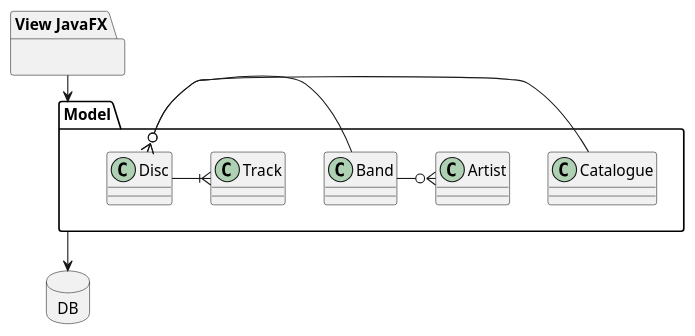
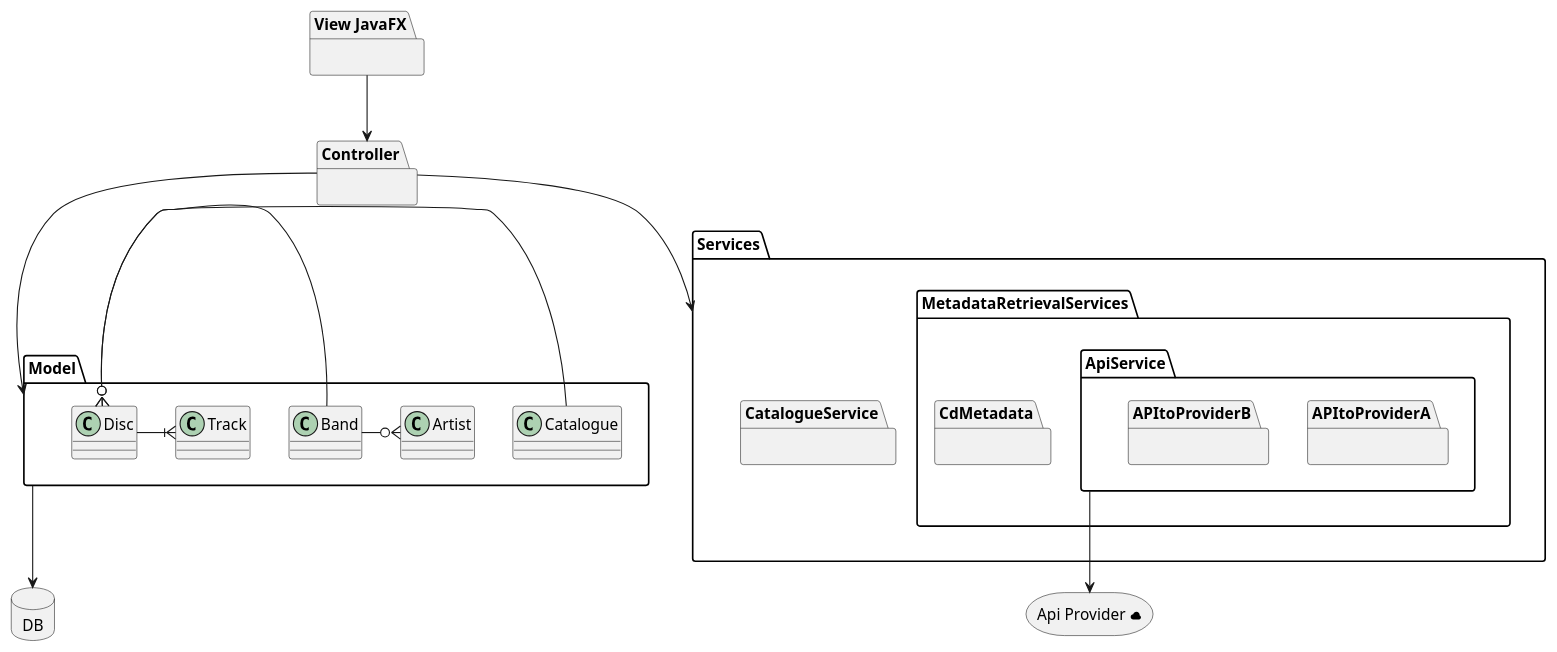
The diagram in doc/design/Entities/Entities.puml (AxoKoi/BandurriaJ), drawn with PlantUML before and after one commit.

Commit message:
Add new packages

```diff
--- a/doc/design/Entities/Entities.puml
+++ b/doc/design/Entities/Entities.puml
@@ -1,30 +1,61 @@
 @startuml
+allowmixing
 
 package "View JavaFX" as Front {
 
 }
-
 
 package "Model" as Model{
 'Entities definition
  class Disc
  class Catalogue
  class Artist
  class Band
  class Track
 
 'Relationships
   Disc }o- Catalogue
   Disc }o- Band
   Band -o{ Artist
   Disc -|{ Track
 }
 
+package Controller as Controller {
+
+}
+
+package "Services" as Services {
+
+  package CatalogueService as CatalogueS{
+
+  }
+
+  package MetadataRetrievalServices as MetaS {
+
+    package ApiService as ApiS{
+
+      package APItoProviderA{
+      }
+      package APItoProviderB{
+      }
+    }
+    package CdMetadata as CDMetaS{
+    }
+  }
+
+}
+
 database DB [
   DB
 ]
 
-    Front --> Model
-    Model --> DB
+storage "Api Provider <&cloud>" as apiProvider
+
+'Dependencies
+Front --> Controller
+Controller --> Model
+Controller --> Services
+ApiS --> apiProvider
+Model --> DB
 
 @enduml
```
